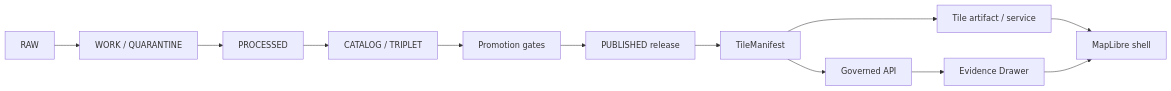
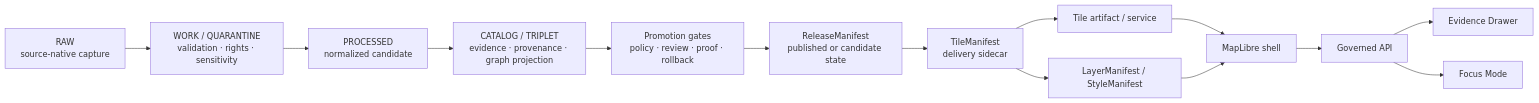
The first of 2 diagrams in docs/architecture/tiles/TILE_MANIFEST_SPEC.md (bartytime4life/Kansas-Frontier-Matrix), drawn with Mermaid before and after one commit. The commit also changed other lines of this file, not shown here.

````diff
--- a/docs/architecture/tiles/TILE_MANIFEST_SPEC.md
+++ b/docs/architecture/tiles/TILE_MANIFEST_SPEC.md
@@ -169,14 +130,16 @@
 ```mermaid
 flowchart LR
-  RAW["RAW"] --> WORK["WORK / QUARANTINE"]
-  WORK --> PROCESSED["PROCESSED"]
-  PROCESSED --> CATALOG["CATALOG / TRIPLET"]
-  CATALOG --> PROMOTION["Promotion gates"]
-  PROMOTION --> PUBLISHED["PUBLISHED release"]
-  PUBLISHED --> TILEMANIFEST["TileManifest"]
-  TILEMANIFEST --> TILEARTIFACT["Tile artifact / service"]
-  TILEMANIFEST --> GOVERNEDAPI["Governed API"]
-  GOVERNEDAPI --> DRAWER["Evidence Drawer"]
-  TILEARTIFACT --> MAP["MapLibre shell"]
-  DRAWER --> MAP
+  RAW["RAW<br/>source-native capture"] --> WQ["WORK / QUARANTINE<br/>validation · rights · sensitivity"]
+  WQ --> P["PROCESSED<br/>normalized candidate"]
+  P --> C["CATALOG / TRIPLET<br/>evidence · provenance · graph projection"]
+  C --> G["Promotion gates<br/>policy · review · proof · rollback"]
+  G --> R["ReleaseManifest<br/>published or candidate state"]
+  R --> TM["TileManifest<br/>delivery sidecar"]
+  TM --> TA["Tile artifact / service"]
+  TM --> LR["LayerManifest / StyleManifest"]
+  TA --> MAP["MapLibre shell"]
+  LR --> MAP
+  MAP --> API["Governed API"]
+  API --> ED["Evidence Drawer"]
+  API --> FM["Focus Mode"]
 ```
````
